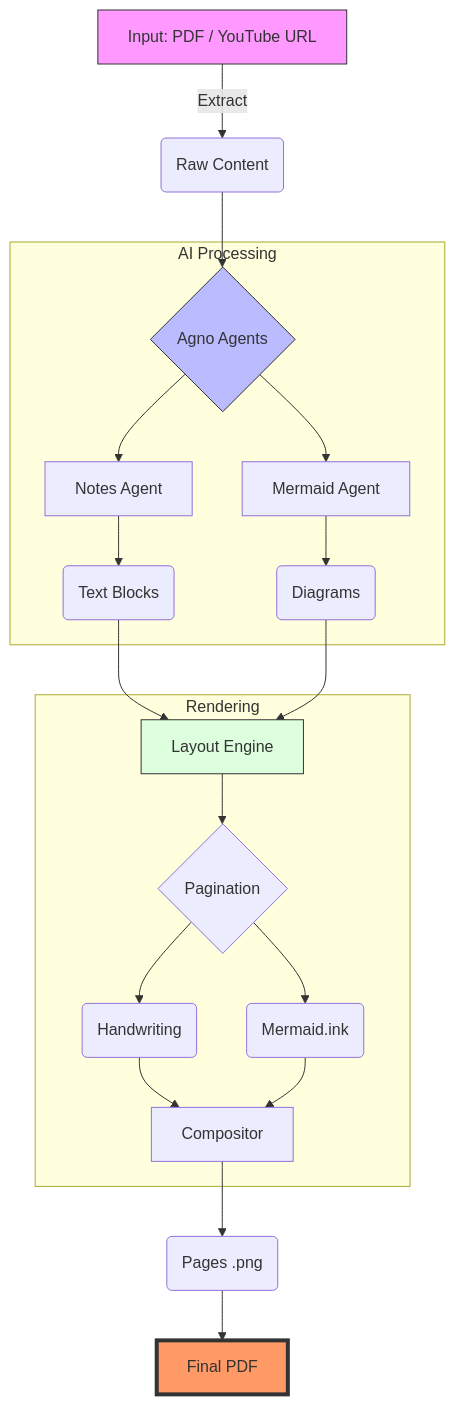
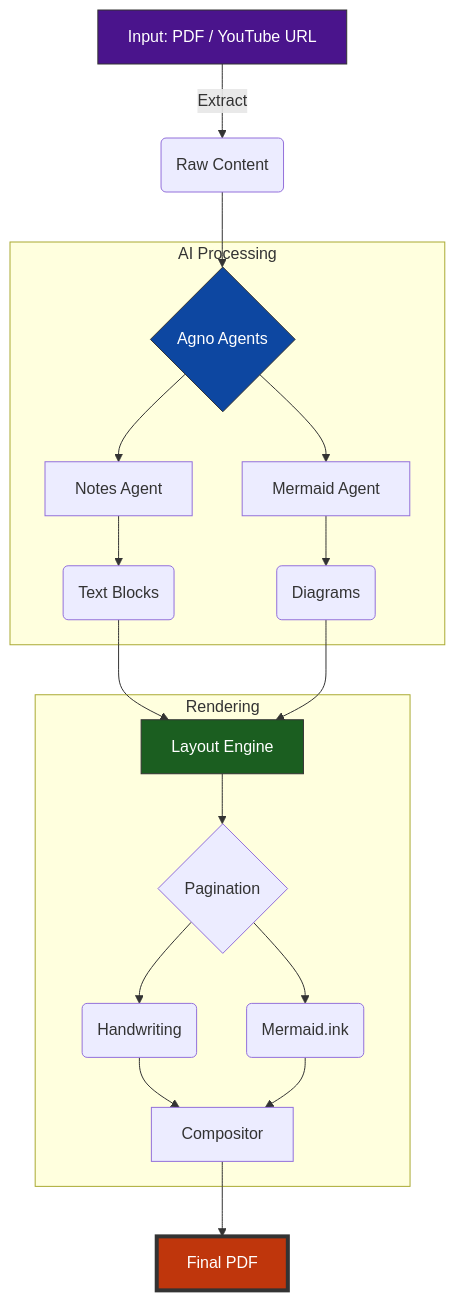
Before and after one commit to Manik0107/Text2Ink: the diagram in README.md, drawn with Mermaid.

Commit message:
Readme updated

````diff
--- a/README.md
+++ b/README.md
@@ -16,31 +16,30 @@
 ```mermaid
 graph TD
     A[Input: PDF / YouTube URL] --> |Extract| B(Raw Content)
     B --> C{Agno Agents}
     
     subgraph "AI Processing"
         C --> D[Notes Agent]
         C --> E[Mermaid Agent]
         D --> F(Text Blocks)
         E --> G(Diagrams)
     end
     
     F --> H[Layout Engine]
     G --> H
     
     subgraph "Rendering"
         H --> I{Pagination}
         I --> J(Handwriting)
         I --> K(Mermaid.ink)
         J --> L[Compositor]
         K --> L
     end
     
-    L --> M(Pages .png)
-    M --> N[Final PDF]
+    L --> M[Final PDF]
     
-    style A fill:#f9f,stroke:#333
-    style C fill:#bbf,stroke:#333
-    style H fill:#dfd,stroke:#333
-    style N fill:#f96,stroke:#333,stroke-width:4px
+    style A fill:#4a148c,stroke:#333,color:#fff
+    style C fill:#0d47a1,stroke:#333,color:#fff
+    style H fill:#1b5e20,stroke:#333,color:#fff
+    style M fill:#bf360c,stroke:#333,stroke-width:4px,color:#fff
 ```
````
